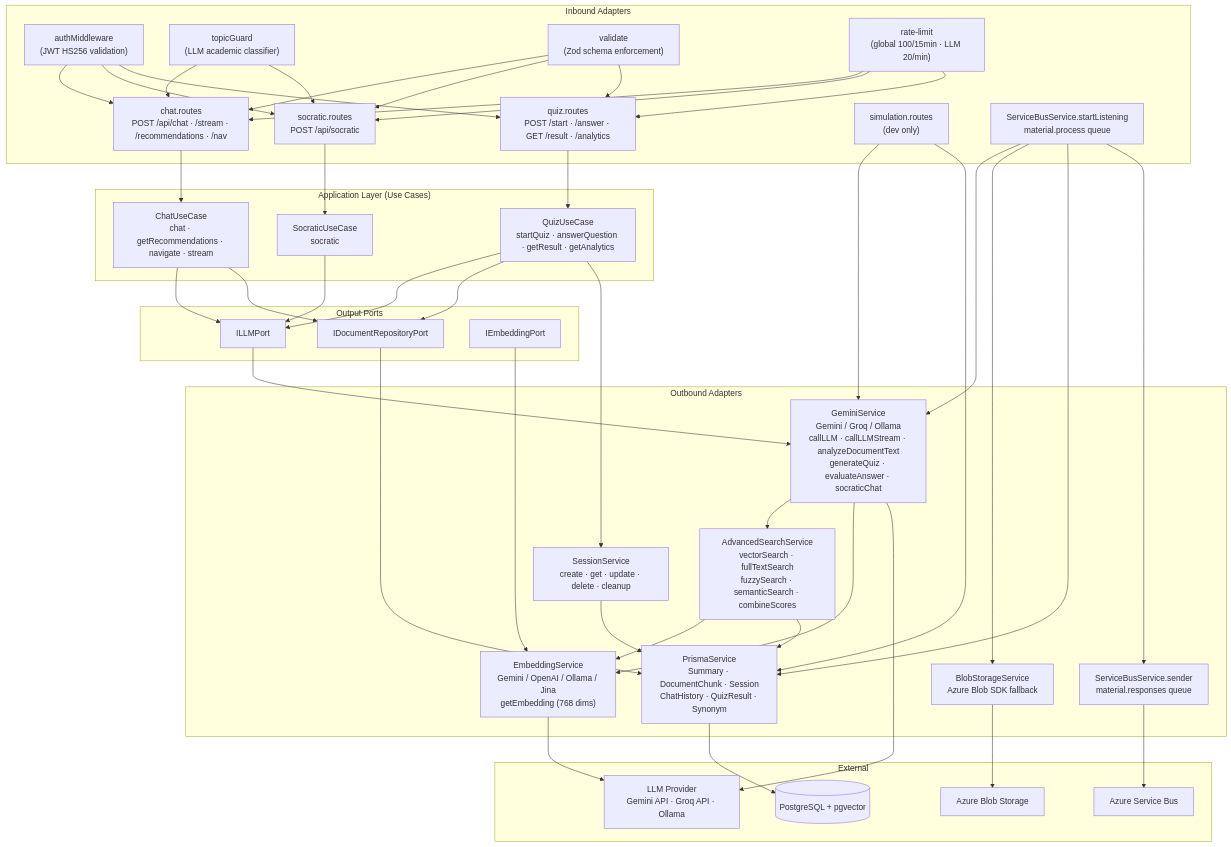
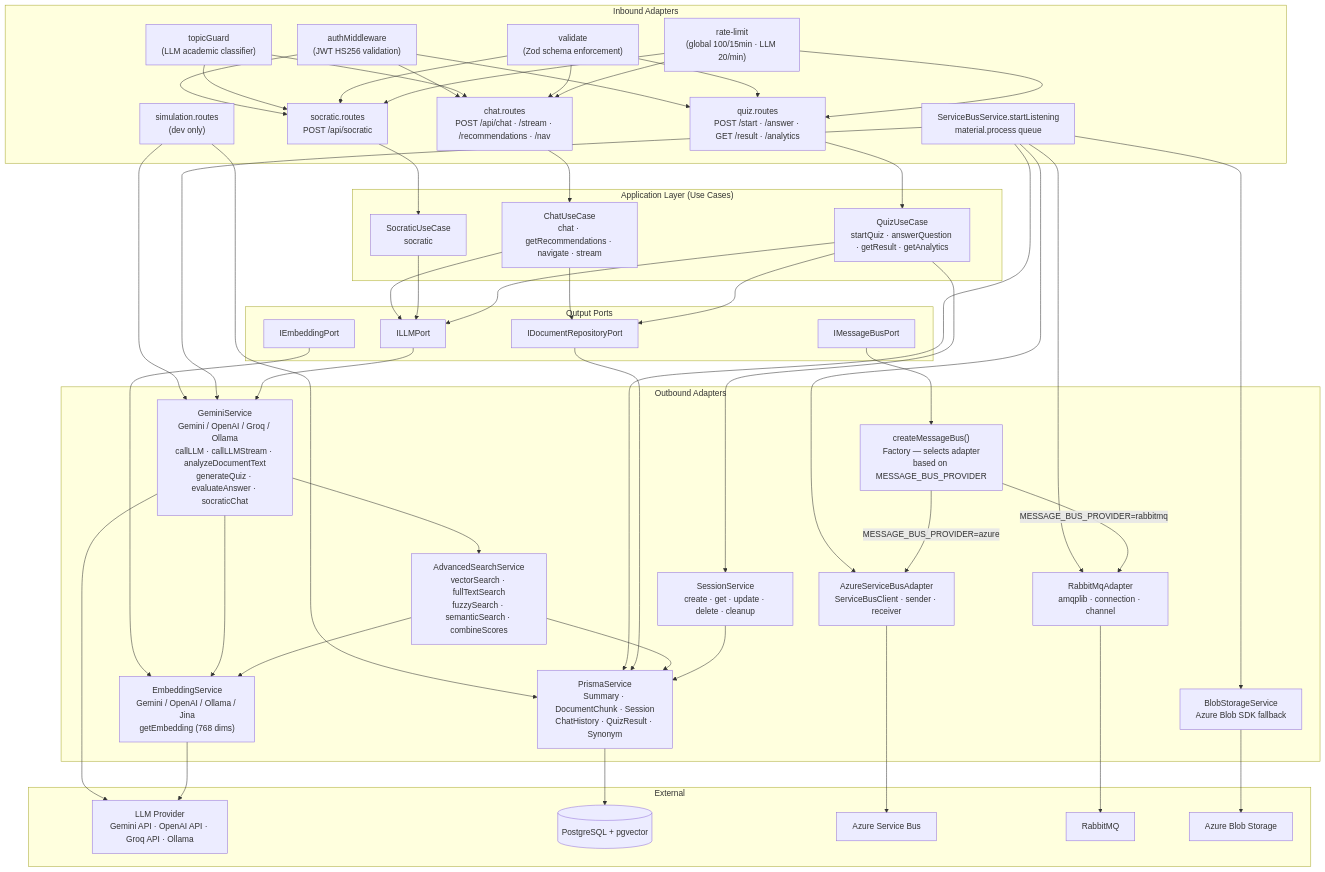
The third of 9 diagrams in how/ai-service.md (EciWise/EciWise.github.io), drawn with Mermaid before and after one commit. The commit also changed other lines of this file and 3 other files, not shown here.

First line of the commit message:
docs: update AI service documentation with architecture decisions, multi-provider support, and hybrid search

```diff
--- a/how/ai-service.md
+++ b/how/ai-service.md
@@ -171,22 +172,26 @@
         PORT_LLM["ILLMPort"]
         PORT_REPO["IDocumentRepositoryPort"]
         PORT_EMB["IEmbeddingPort"]
+        PORT_BUS["IMessageBusPort"]
     end
 
     subgraph "Outbound Adapters"
-        GEM["GeminiService<br/>Gemini / Groq / Ollama<br/>callLLM · callLLMStream · analyzeDocumentText<br/>generateQuiz · evaluateAnswer · socraticChat"]
+        GEM["GeminiService<br/>Gemini / OpenAI / Groq / Ollama<br/>callLLM · callLLMStream · analyzeDocumentText<br/>generateQuiz · evaluateAnswer · socraticChat"]
         ADV["AdvancedSearchService<br/>vectorSearch · fullTextSearch<br/>fuzzySearch · semanticSearch · combineScores"]
         EMB["EmbeddingService<br/>Gemini / OpenAI / Ollama / Jina<br/>getEmbedding (768 dims)"]
         PRISMA["PrismaService<br/>Summary · DocumentChunk · Session<br/>ChatHistory · QuizResult · Synonym"]
         SESSION["SessionService<br/>create · get · update · delete · cleanup"]
         BLOB_SVC["BlobStorageService<br/>Azure Blob SDK fallback"]
-        SB_OUT["ServiceBusService.sender<br/>material.responses queue"]
+        AZURE_AD["AzureServiceBusAdapter<br/>ServiceBusClient · sender · receiver"]
+        RABBIT_AD["RabbitMqAdapter<br/>amqplib · connection · channel"]
+        MB_FACTORY["createMessageBus()<br/>Factory — selects adapter<br/>based on MESSAGE_BUS_PROVIDER"]
     end
 
     subgraph "External"
-        LLM_EXT["LLM Provider<br/>Gemini API · Groq API · Ollama"]
+        LLM_EXT["LLM Provider<br/>Gemini API · OpenAI API · Groq API · Ollama"]
         PG_EXT[("PostgreSQL + pgvector")]
         SB_EXT["Azure Service Bus"]
+        RMQ_EXT["RabbitMQ"]
         BLOB_EXT["Azure Blob Storage"]
     end
 
@@ -201,7 +206,8 @@
     SB_IN --> GEM
     SB_IN --> BLOB_SVC
     SB_IN --> PRISMA
-    SB_IN --> SB_OUT
+    SB_IN --> AZURE_AD
+    SB_IN --> RABBIT_AD
 
     UC_CHAT --> PORT_LLM & PORT_REPO
     UC_SOC --> PORT_LLM
@@ -210,6 +216,10 @@
     PORT_LLM --> GEM
     PORT_REPO --> PRISMA
     PORT_EMB --> EMB
+    PORT_BUS --> MB_FACTORY
+
+    MB_FACTORY -->|"MESSAGE_BUS_PROVIDER=azure"| AZURE_AD
+    MB_FACTORY -->|"MESSAGE_BUS_PROVIDER=rabbitmq"| RABBIT_AD
 
     GEM --> ADV
     GEM --> EMB
@@ -220,6 +230,7 @@
     PRISMA --> PG_EXT
     SESSION --> PRISMA
     UC_QUIZ --> SESSION
-    SB_OUT --> SB_EXT
+    AZURE_AD --> SB_EXT
+    RABBIT_AD --> RMQ_EXT
     BLOB_SVC --> BLOB_EXT
 </div>
```
